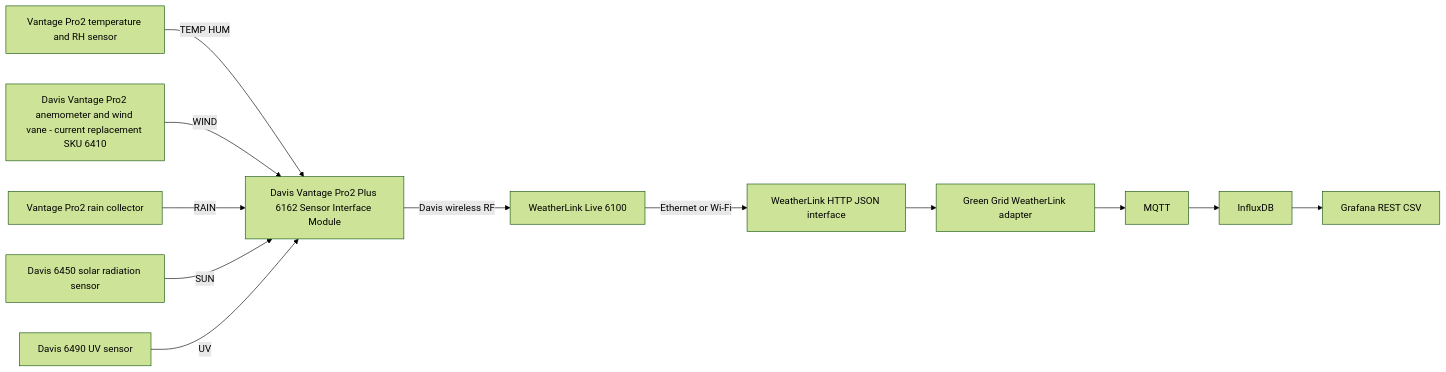
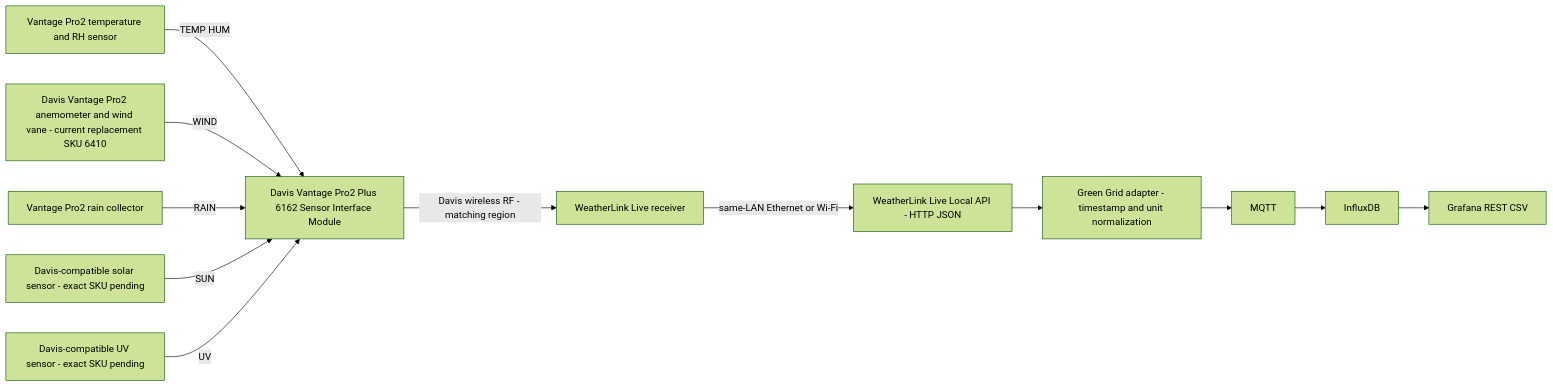
One commit to tienonic/fieldworks changed the diagram in docs/01-architecture/met-sandbox.mmd. Above: the diagram before and after it, drawn with Mermaid (forest theme). The commit also changed 23 other files, not shown here.

```diff
--- a/docs/01-architecture/met-sandbox.mmd
+++ b/docs/01-architecture/met-sandbox.mmd
@@ -1,12 +1,12 @@
 flowchart LR
   TRH["Vantage Pro2 temperature and RH sensor"] -->|"TEMP HUM"| SIM["Davis Vantage Pro2 Plus 6162 Sensor Interface Module"]
   WIND["Davis Vantage Pro2 anemometer and wind vane - current replacement SKU 6410"] -->|"WIND"| SIM
   RAIN["Vantage Pro2 rain collector"] -->|"RAIN"| SIM
-  SOLAR["Davis 6450 solar radiation sensor"] -->|"SUN"| SIM
-  UV["Davis 6490 UV sensor"] -->|"UV"| SIM
-  SIM -->|"Davis wireless RF"| WLL["WeatherLink Live 6100"]
-  WLL -->|"Ethernet or Wi-Fi"| API["WeatherLink HTTP JSON interface"]
-  API --> ADAPTER["Green Grid WeatherLink adapter"]
+  SOLAR["Davis-compatible solar sensor - exact SKU pending"] -->|"SUN"| SIM
+  UV["Davis-compatible UV sensor - exact SKU pending"] -->|"UV"| SIM
+  SIM -->|"Davis wireless RF - matching region"| WLL["WeatherLink Live receiver"]
+  WLL -->|"same-LAN Ethernet or Wi-Fi"| API["WeatherLink Live Local API - HTTP JSON"]
+  API --> ADAPTER["Green Grid adapter - timestamp and unit normalization"]
   ADAPTER --> MQTT["MQTT"]
   MQTT --> DB["InfluxDB"]
   DB --> UI["Grafana REST CSV"]
```
